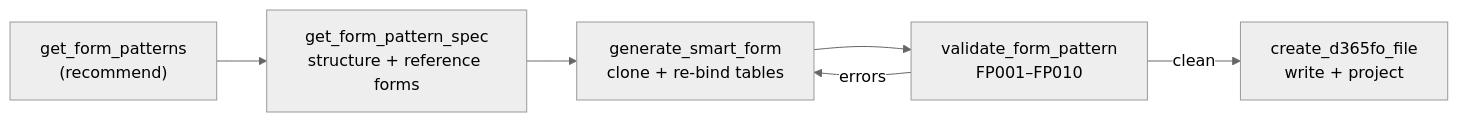
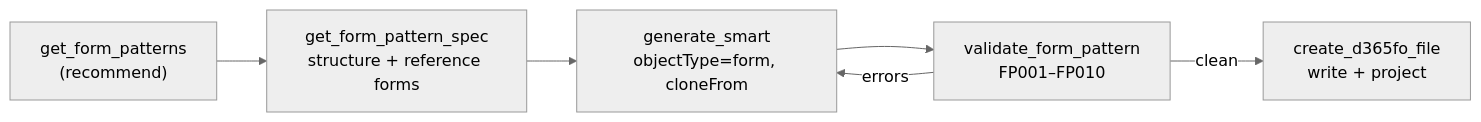
The diagram in README.md (laeliand/d365fo-mcp-server), drawn with Mermaid (neutral theme) before and after one commit. The commit also changed other lines of this file and 44 other files, not shown here.

First line of the commit message:
refactor(tools): consolidate label and generate_smart tools

````diff
--- a/README.md
+++ b/README.md
@@ -58,8 +58,8 @@
 ```mermaid
 flowchart LR
     A["get_form_patterns<br/>(recommend)"] --> B["get_form_pattern_spec<br/>structure + reference forms"]
-    B --> C["generate_smart_form<br/>clone + re-bind tables"]
+    B --> C["generate_smart<br/>objectType=form, cloneFrom"]
     C --> D["validate_form_pattern<br/>FP001–FP010"]
     D -->|clean| E["create_d365fo_file<br/>write + project"]
     D -->|errors| C
 ```
````
